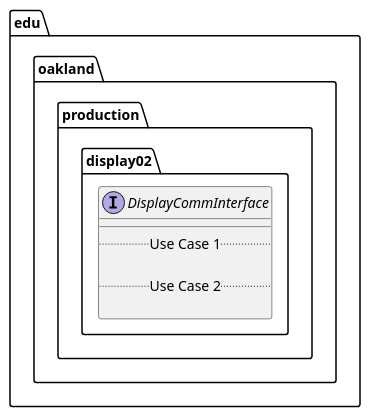
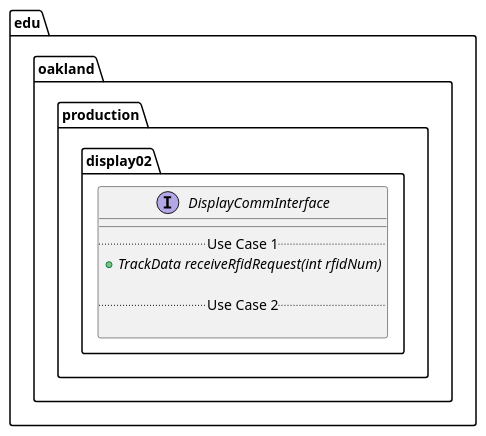
One commit to elilley15/csi-3370-software-project changed the diagram in docs/uml-class-diagrams/display02/production/DisplayCommInterface/DisplayCommInterface.puml. Above: the diagram before and after it, drawn with PlantUML. The commit also changed 3 other files, not shown here.

First line of the commit message:
[Display_02] Display2 class uml diagram (#8)

```diff
--- a/docs/uml-class-diagrams/display02/production/DisplayCommInterface/DisplayCommInterface.puml
+++ b/docs/uml-class-diagrams/display02/production/DisplayCommInterface/DisplayCommInterface.puml
@@ -1,13 +1,14 @@
 @startuml DisplayCommInterface
 
 package edu.oakland.production.display02 {
     interface DisplayCommInterface {
         __
         .. Use Case 1 ..
+        {abstract} + TrackData receiveRfidRequest(int rfidNum)
 
         .. Use Case 2 ..
 
     }
 }
 
 @enduml
```
